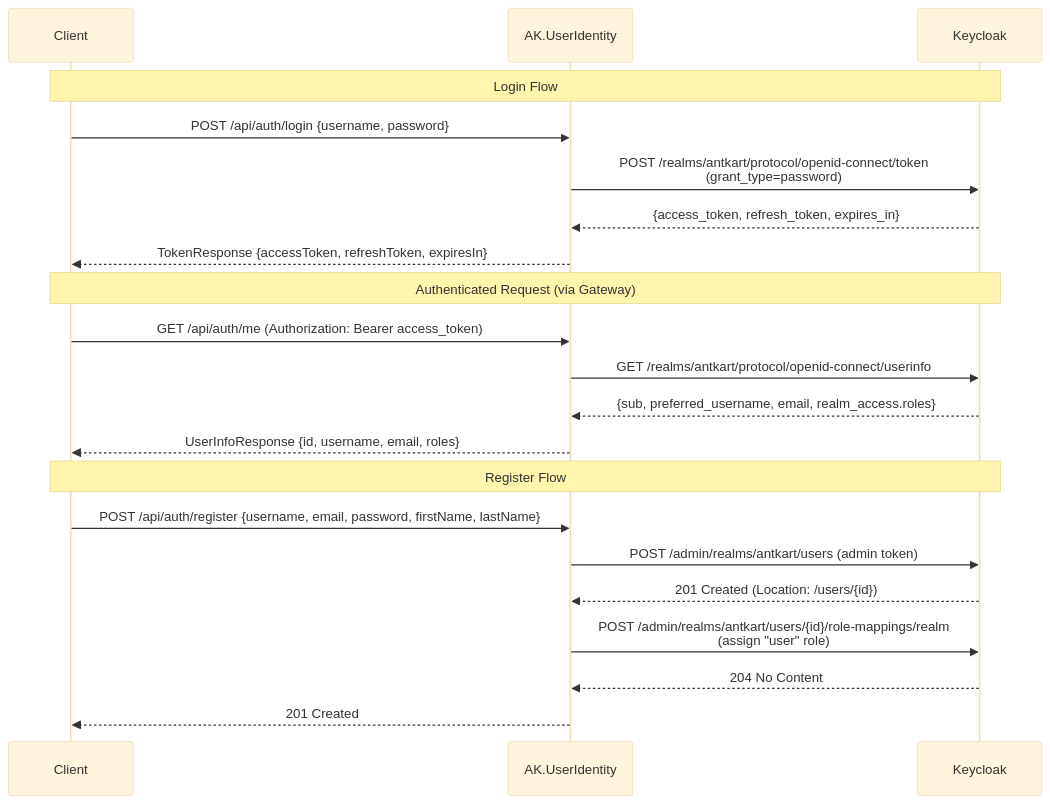
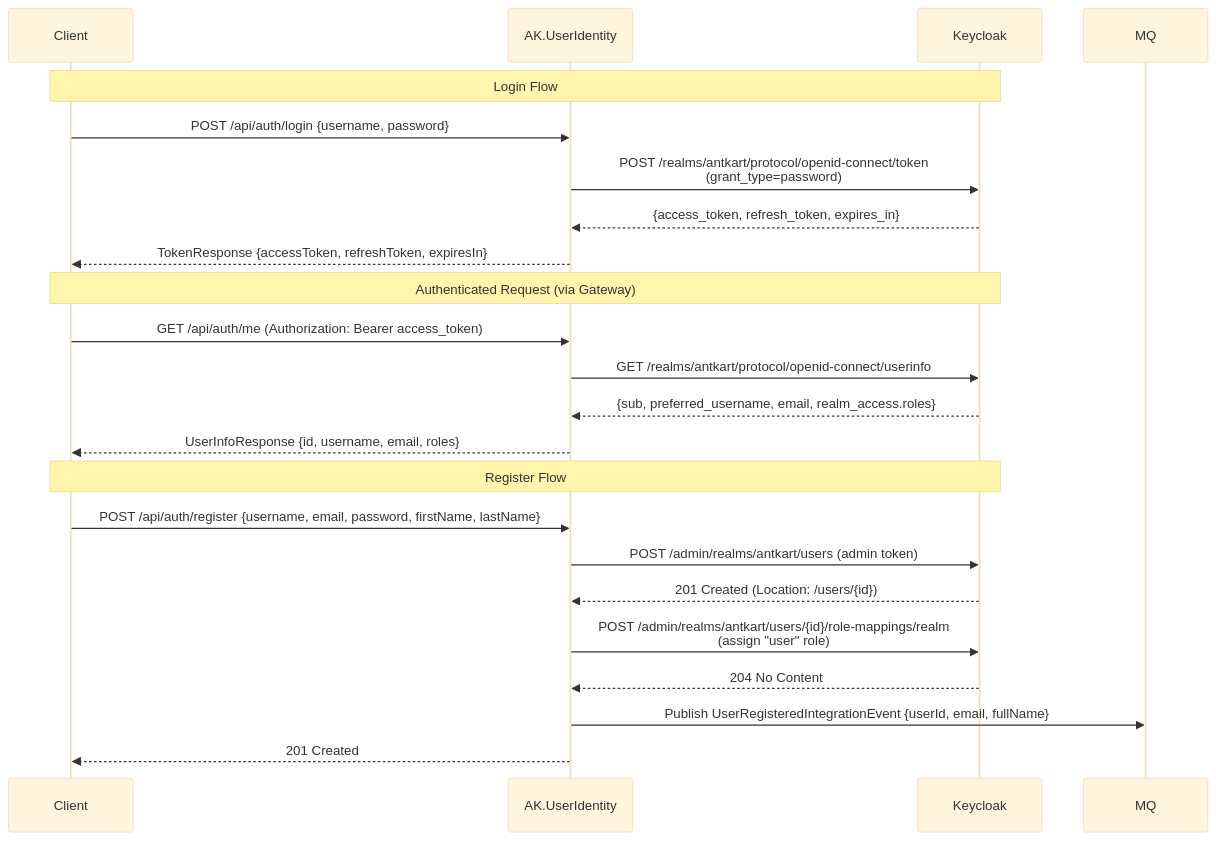
The second of 6 diagrams in AK.UserIdentity/IDENTITY_TECHNICAL_DESIGN.md (seesathish/AntKart-Src3), drawn with Mermaid before and after one commit. The commit also changed other lines of this file and 3 other files, not shown here.

````diff
--- a/AK.UserIdentity/IDENTITY_TECHNICAL_DESIGN.md
+++ b/AK.UserIdentity/IDENTITY_TECHNICAL_DESIGN.md
@@ -168,27 +168,28 @@
 ```mermaid
 %%{init: {'theme': 'base', 'themeVariables': {'lineColor': '#888888', 'edgeLabelBackground': '#00000000'}}}%%
 sequenceDiagram
     participant C as Client
     participant UI as AK.UserIdentity
     participant KC as Keycloak
 
     Note over C,KC: Login Flow
     C->>UI: POST /api/auth/login {username, password}
     UI->>KC: POST /realms/antkart/protocol/openid-connect/token<br/>(grant_type=password)
     KC-->>UI: {access_token, refresh_token, expires_in}
     UI-->>C: TokenResponse {accessToken, refreshToken, expiresIn}
 
     Note over C,KC: Authenticated Request (via Gateway)
     C->>UI: GET /api/auth/me (Authorization: Bearer access_token)
     UI->>KC: GET /realms/antkart/protocol/openid-connect/userinfo
     KC-->>UI: {sub, preferred_username, email, realm_access.roles}
     UI-->>C: UserInfoResponse {id, username, email, roles}
 
     Note over C,KC: Register Flow
     C->>UI: POST /api/auth/register {username, email, password, firstName, lastName}
     UI->>KC: POST /admin/realms/antkart/users (admin token)
     KC-->>UI: 201 Created (Location: /users/{id})
     UI->>KC: POST /admin/realms/antkart/users/{id}/role-mappings/realm<br/>(assign "user" role)
     KC-->>UI: 204 No Content
+    UI->>MQ: Publish UserRegisteredIntegrationEvent {userId, email, fullName}
     UI-->>C: 201 Created
 ```
````
